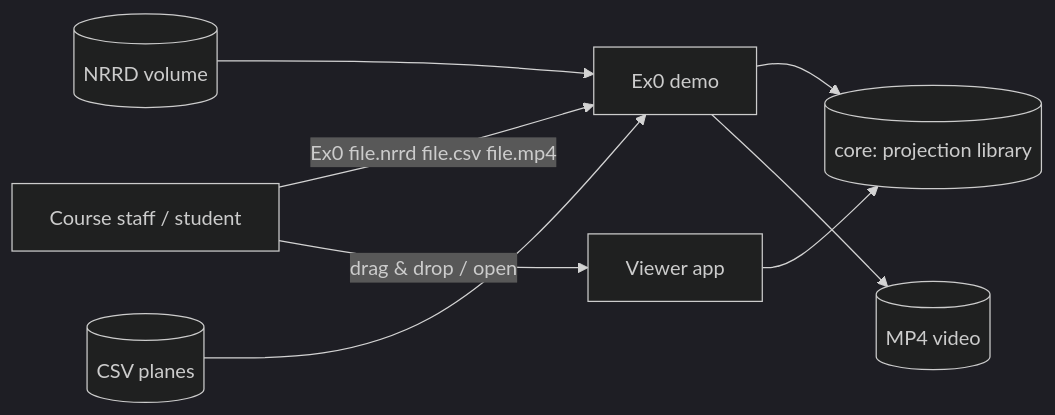
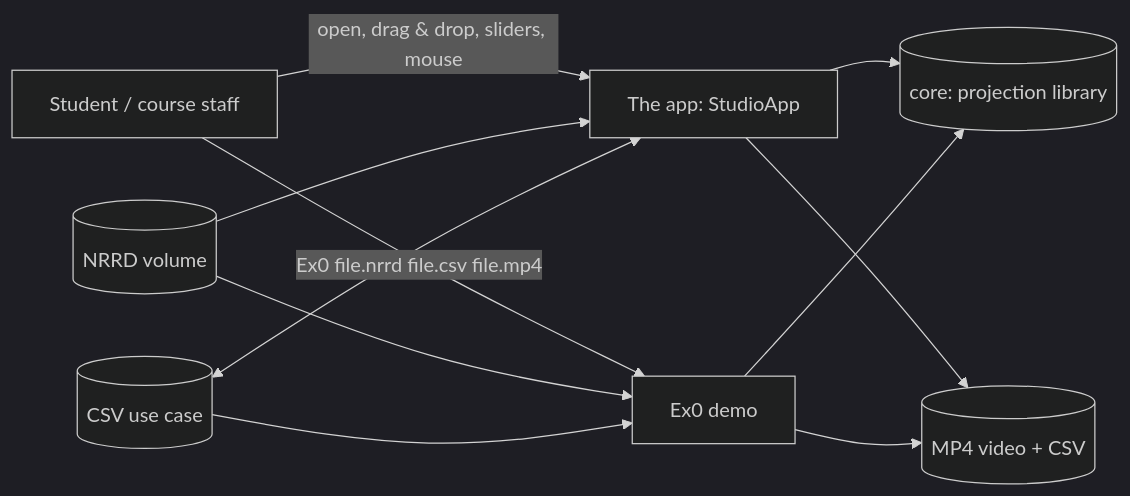
Before and after one commit to NoamTheGolem/Intro2SE_Ex1: the diagram in docs/SRS.md, drawn with Mermaid (dark theme). The commit also changed other lines of this file and 13 other files, not shown here.

````diff
--- a/docs/SRS.md
+++ b/docs/SRS.md
@@ -56,10 +63,13 @@
 ```mermaid
 flowchart LR
-    U[Course staff / student] -- "Ex0 file.nrrd file.csv file.mp4" --> CLI[Ex0 demo]
-    U -- drag & drop / open --> GUI[Viewer app]
-    CLI --> CORE[(core: projection library)]
-    GUI --> CORE
-    NRRD[(NRRD volume)] --> CLI
-    CSV[(CSV planes)] --> CLI
-    CLI --> MP4[(MP4 video)]
+    U[Student / course staff] -- open, drag & drop, sliders, mouse --> GUI[The app: StudioApp]
+    U -- "Ex0 file.nrrd file.csv file.mp4" --> CLI[Ex0 demo]
+    GUI --> CORE[(core: projection library)]
+    CLI --> CORE
+    NRRD[(NRRD volume)] --> GUI
+    NRRD --> CLI
+    CSV[(CSV use case)] <--> GUI
+    CSV --> CLI
+    GUI --> MP4[(MP4 video + CSV)]
+    CLI --> MP4
 ```
````
